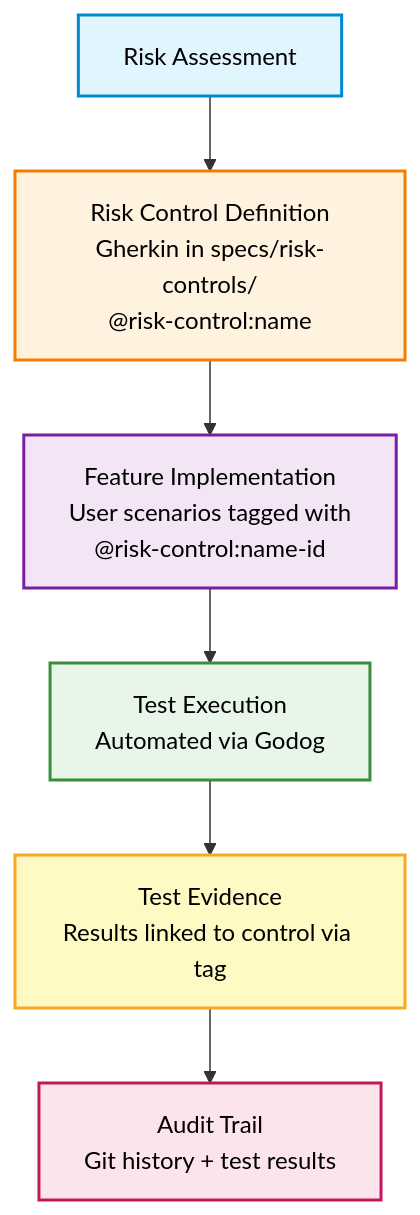
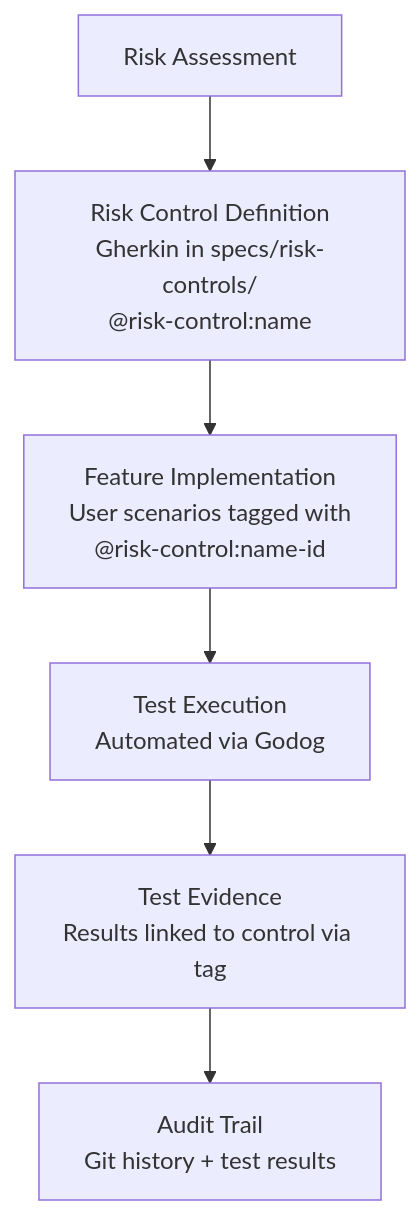
Before and after one commit to ready-to-release/eac: the diagram in docs/explanation/specifications/risk-controls.md, drawn with Mermaid. The commit also changed 28 other files, not shown here.

````diff
--- a/docs/explanation/specifications/risk-controls.md
+++ b/docs/explanation/specifications/risk-controls.md
@@ -118,15 +118,9 @@
 ```mermaid
 flowchart TD
     A[Risk Assessment] --> B[Risk Control Definition<br/>Gherkin in specs/risk-controls/<br/>@risk-control:name]
     B --> C[Feature Implementation<br/>User scenarios tagged with<br/>@risk-control:name-id]
     C --> D[Test Execution<br/>Automated via Godog]
     D --> E[Test Evidence<br/>Results linked to control via tag]
     E --> F[Audit Trail<br/>Git history + test results]
 
-    style A fill:#e1f5ff,stroke:#0288d1,stroke-width:2px,color:#000
-    style B fill:#fff3e0,stroke:#f57c00,stroke-width:2px,color:#000
-    style C fill:#f3e5f5,stroke:#7b1fa2,stroke-width:2px,color:#000
-    style D fill:#e8f5e9,stroke:#388e3c,stroke-width:2px,color:#000
-    style E fill:#fff9c4,stroke:#f9a825,stroke-width:2px,color:#000
-    style F fill:#fce4ec,stroke:#c2185b,stroke-width:2px,color:#000
 ```
````
